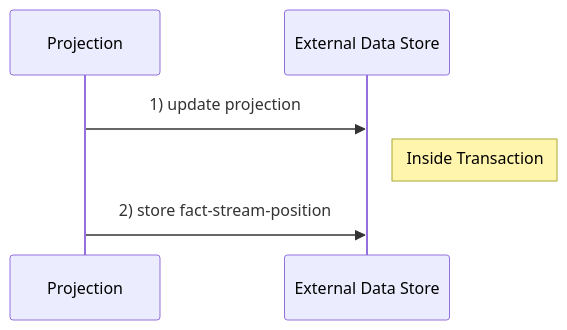
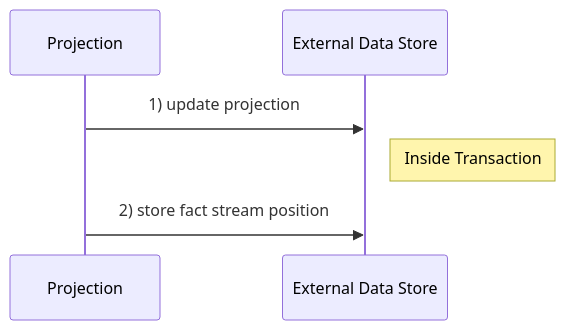
The first of 3 diagrams in factcast-docs/src/main/asciidoc/modules/ROOT/pages/Usage/factus/projections/atomicity/index.adoc (factcast/factcast), drawn with Mermaid before and after one commit. The commit also changed other lines of this file and 73 other files, not shown here.

```diff
--- a/factcast-docs/src/main/asciidoc/modules/ROOT/pages/Usage/factus/projections/atomicity/index.adoc
+++ b/factcast-docs/src/main/asciidoc/modules/ROOT/pages/Usage/factus/projections/atomicity/index.adoc
@@ -24,9 +24,9 @@
 [mermaid]
 ----
 sequenceDiagram
   participant Projection
   participant External Data Store
   Projection->>External Data Store: 1) update projection
   Note right of External Data Store: Inside Transaction
-  Projection->>External Data Store: 2) store fact-stream-position
+  Projection->>External Data Store: 2) store fact stream position
 ----
```
